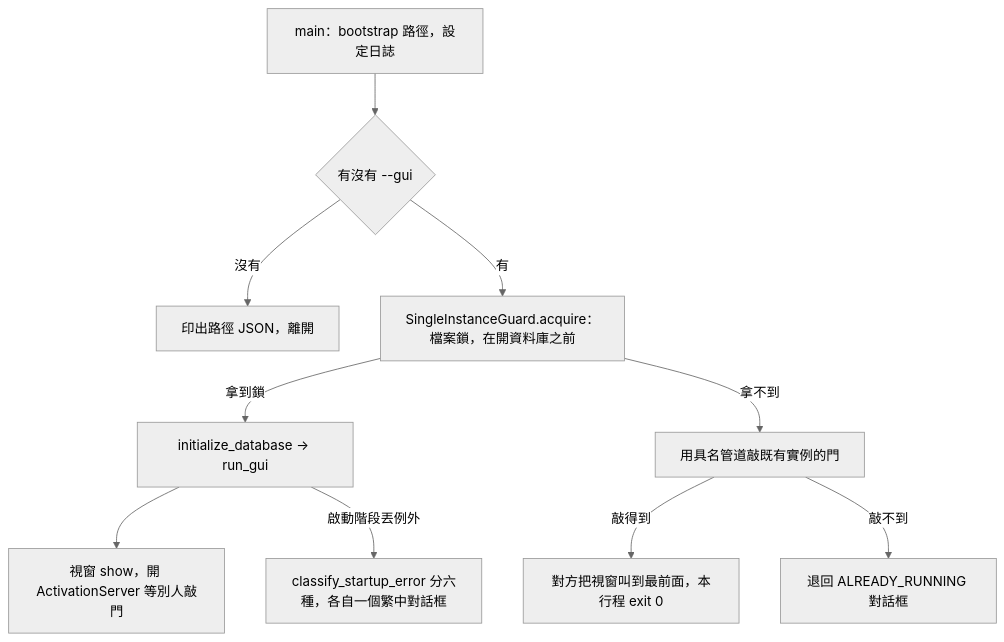
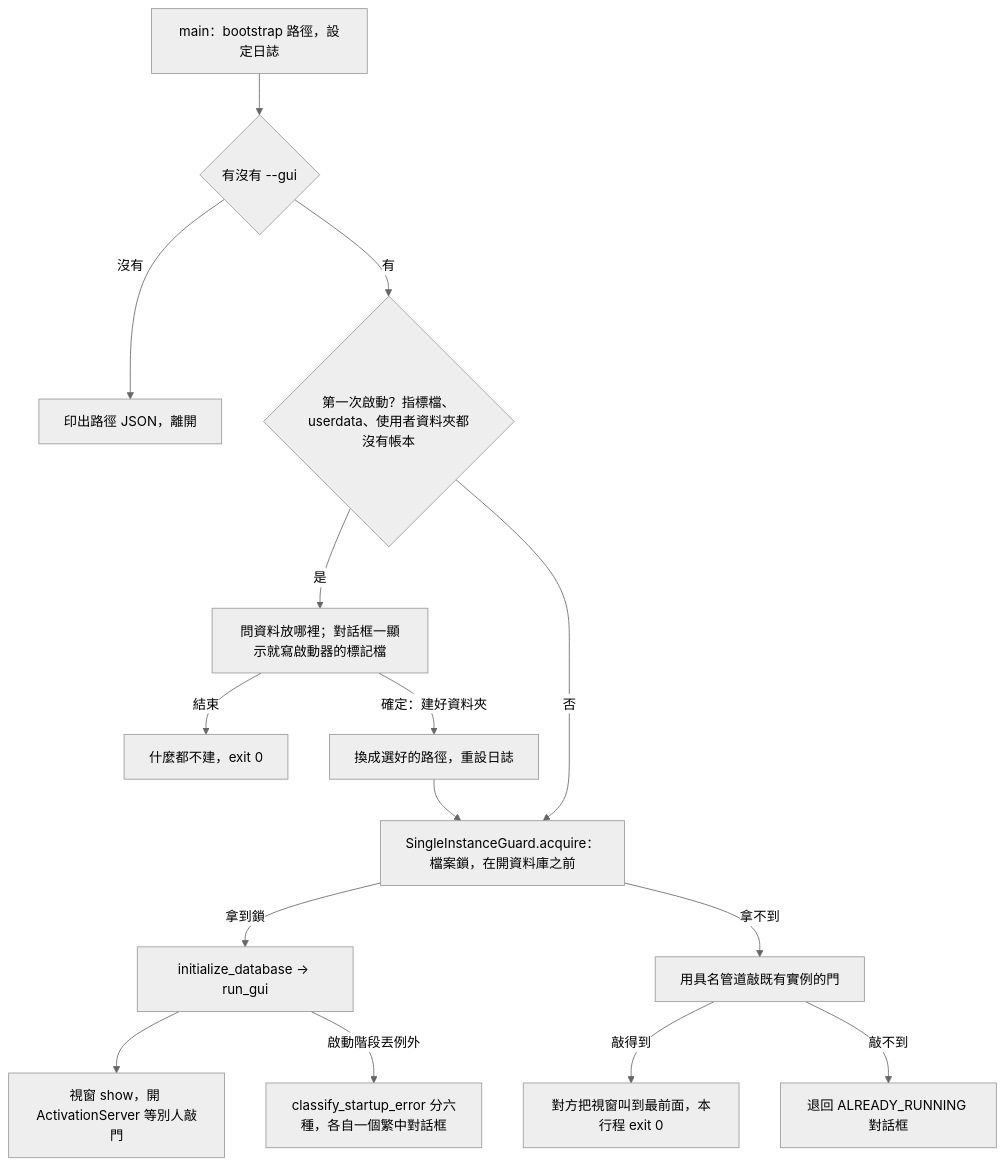
One commit to SpringRain555/tagcor-ledger changed the second of 3 diagrams in docs/architecture/app-lifecycle.md. Above: the diagram before and after it, drawn with Mermaid (neutral theme). The commit also changed other lines of this file and 33 other files, not shown here.

````diff
--- a/docs/architecture/app-lifecycle.md
+++ b/docs/architecture/app-lifecycle.md
@@ -60,12 +67,17 @@
 ```mermaid
 flowchart TD
   M["main：bootstrap 路徑，設定日誌"] --> Q{"有沒有 --gui"}
   Q -->|"沒有"| J["印出路徑 JSON，離開"]
-  Q -->|"有"| K["SingleInstanceGuard.acquire：檔案鎖，在開資料庫之前"]
+  Q -->|"有"| FR{"第一次啟動？指標檔、userdata、使用者資料夾都沒有帳本"}
+  FR -->|"是"| ASK["問資料放哪裡；對話框一顯示就寫啟動器的標記檔"]
+  ASK -->|"結束"| X["什麼都不建，exit 0"]
+  ASK -->|"確定：建好資料夾"| RL["換成選好的路徑，重設日誌"]
+  RL --> K
+  FR -->|"否"| K["SingleInstanceGuard.acquire：檔案鎖，在開資料庫之前"]
   K -->|"拿到鎖"| DB["initialize_database → run_gui"]
   K -->|"拿不到"| P["用具名管道敲既有實例的門"]
   P -->|"敲得到"| Z["對方把視窗叫到最前面，本行程 exit 0"]
   P -->|"敲不到"| E["退回 ALREADY_RUNNING 對話框"]
   DB --> V["視窗 show，開 ActivationServer 等別人敲門"]
   DB -->|"啟動階段丟例外"| CL["classify_startup_error 分六種，各自一個繁中對話框"]
 ```
````
